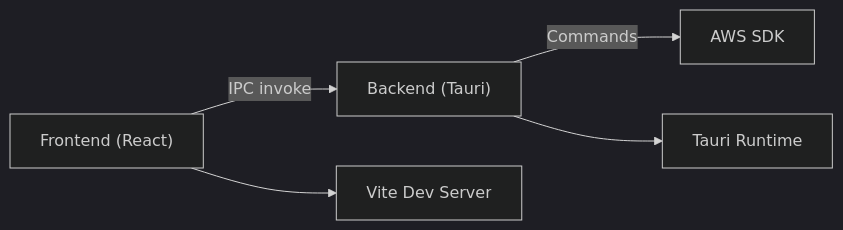
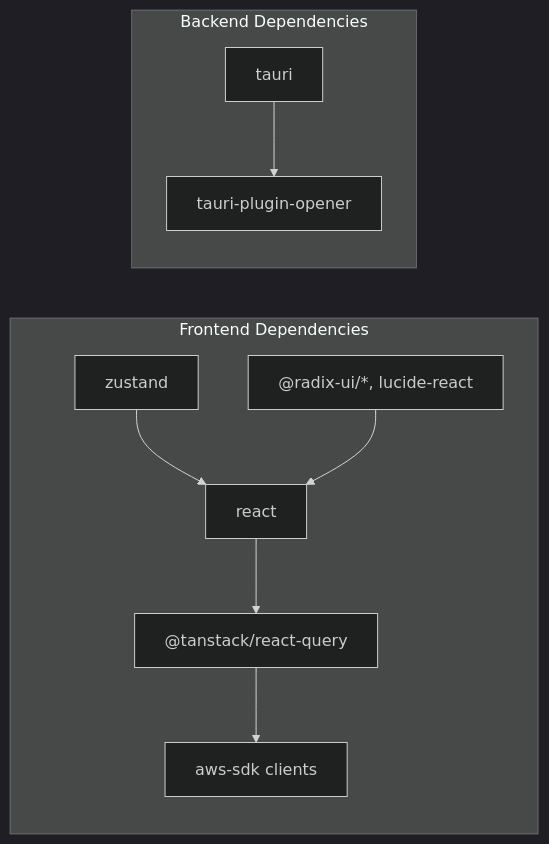
Before and after one commit to nasrulhadi/s3-explorer: the eighth of 8 diagrams in .qoder/repowiki/en/content/Architecture Overview.md, drawn with Mermaid (dark theme). The commit also changed other lines of this file and 46 other files, not shown here.

````diff
--- a/.qoder/repowiki/en/content/Architecture Overview.md
+++ b/.qoder/repowiki/en/content/Architecture Overview.md
@@ -260,7 +325,19 @@
 ```mermaid
 graph LR
-FE["Frontend (React)"] -- "IPC invoke" --> BE["Backend (Tauri)"]
-BE -- "Commands" --> AWS["AWS SDK"]
-FE --> Vite["Vite Dev Server"]
-BE --> Tauri["Tauri Runtime"]
+subgraph "Frontend Dependencies"
+F_react["react"]
+F_query["@tanstack/react-query"]
+F_aws["aws-sdk clients"]
+F_zustand["zustand"]
+F_ui["@radix-ui/*, lucide-react"]
+end
+subgraph "Backend Dependencies"
+B_tauri["tauri"]
+B_plugin["tauri-plugin-opener"]
+end
+F_react --> F_query
+F_query --> F_aws
+F_zustand --> F_react
+F_ui --> F_react
+B_tauri --> B_plugin
 ```
````
